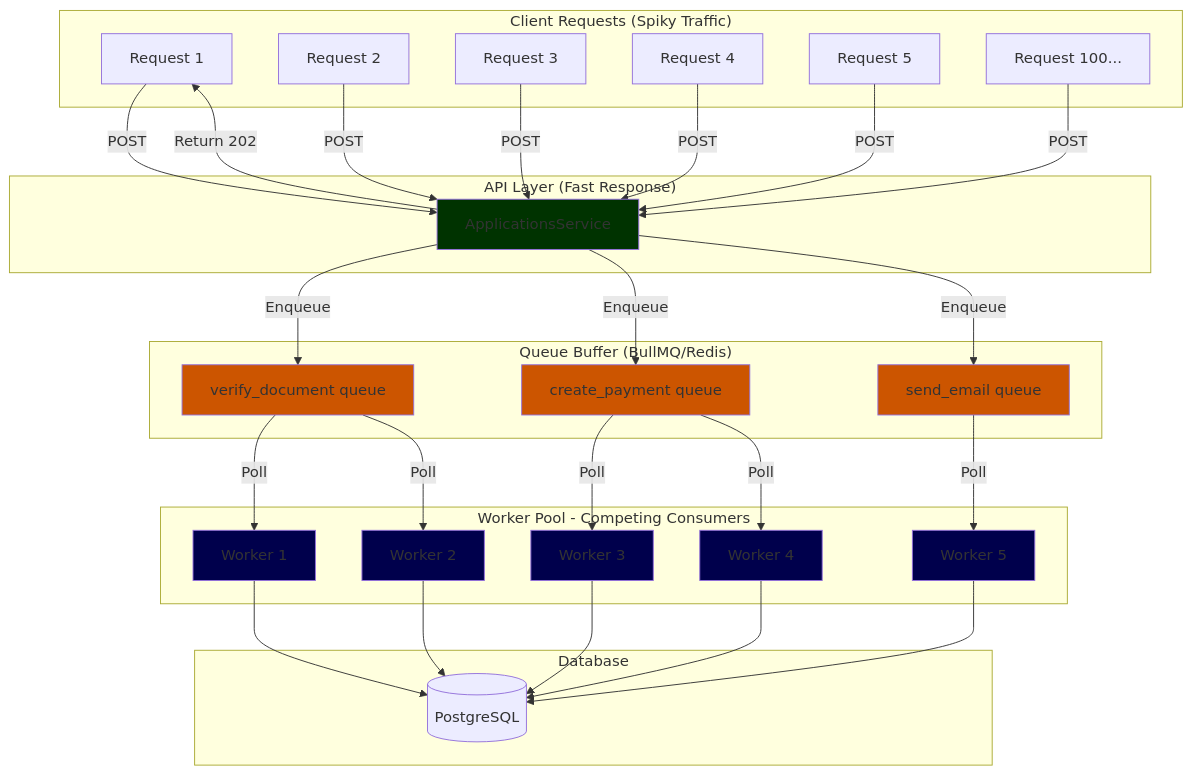
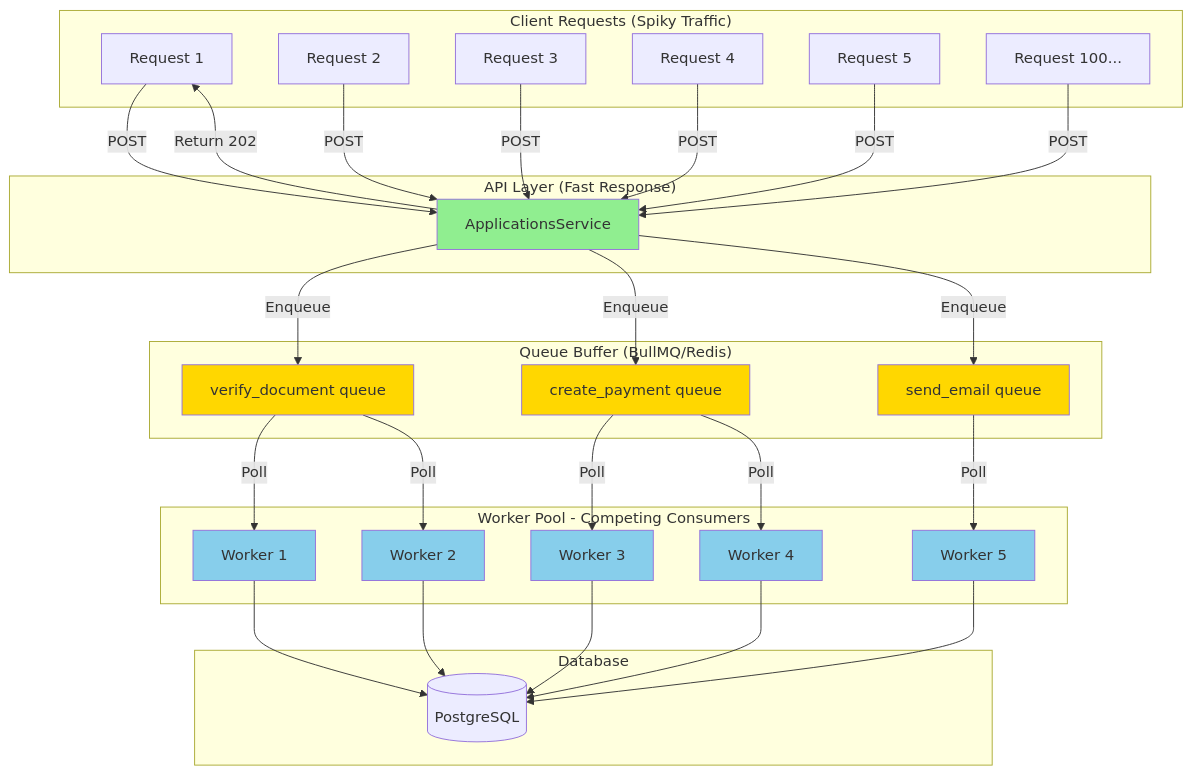
The fourth of 9 diagrams in backend/docs/SYSTEM_FLOW_AFTER_PATTERNS.md (huytu0702/university_admission_portal), drawn with Mermaid before and after one commit. The commit also changed other lines of this file and 1 other file, not shown here.

````diff
--- a/backend/docs/SYSTEM_FLOW_AFTER_PATTERNS.md
+++ b/backend/docs/SYSTEM_FLOW_AFTER_PATTERNS.md
@@ -421,67 +421,67 @@
 ```mermaid
 graph TB
     subgraph "Client Requests (Spiky Traffic)"
         C1[Request 1]
         C2[Request 2]
         C3[Request 3]
         C4[Request 4]
         C5[Request 5]
         C100[Request 100...]
     end
     
     subgraph "API Layer (Fast Response)"
         API[ApplicationsService]
     end
     
     subgraph "Queue Buffer (BullMQ/Redis)"
         Queue1[verify_document queue]
         Queue2[create_payment queue]
         Queue3[send_email queue]
     end
     
     subgraph "Worker Pool - Competing Consumers"
         W1[Worker 1]
         W2[Worker 2]
         W3[Worker 3]
         W4[Worker 4]
         W5[Worker 5]
     end
     
     subgraph "Database"
         DB[(PostgreSQL)]
     end
     
     C1 -->|POST| API
     C2 -->|POST| API
     C3 -->|POST| API
     C4 -->|POST| API
     C5 -->|POST| API
     C100 -->|POST| API
     
     API -->|Enqueue| Queue1
     API -->|Enqueue| Queue2
     API -->|Enqueue| Queue3
     API -->|Return 202| C1
     
     Queue1 -->|Poll| W1
     Queue1 -->|Poll| W2
     Queue2 -->|Poll| W3
     Queue2 -->|Poll| W4
     Queue3 -->|Poll| W5
     
     W1 --> DB
     W2 --> DB
     W3 --> DB
     W4 --> DB
     W5 --> DB
     
-    style API fill:#003300
-    style Queue1 fill:#CC5500
-    style Queue2 fill:#CC5500
-    style Queue3 fill:#CC5500
-    style W1 fill:#00004C
-    style W2 fill:#00004C
-    style W3 fill:#00004C
-    style W4 fill:#00004C
-    style W5 fill:#00004C
+    style API fill:#90EE90
+    style Queue1 fill:#FFD700
+    style Queue2 fill:#FFD700
+    style Queue3 fill:#FFD700
+    style W1 fill:#87CEEB
+    style W2 fill:#87CEEB
+    style W3 fill:#87CEEB
+    style W4 fill:#87CEEB
+    style W5 fill:#87CEEB
 ```
````
